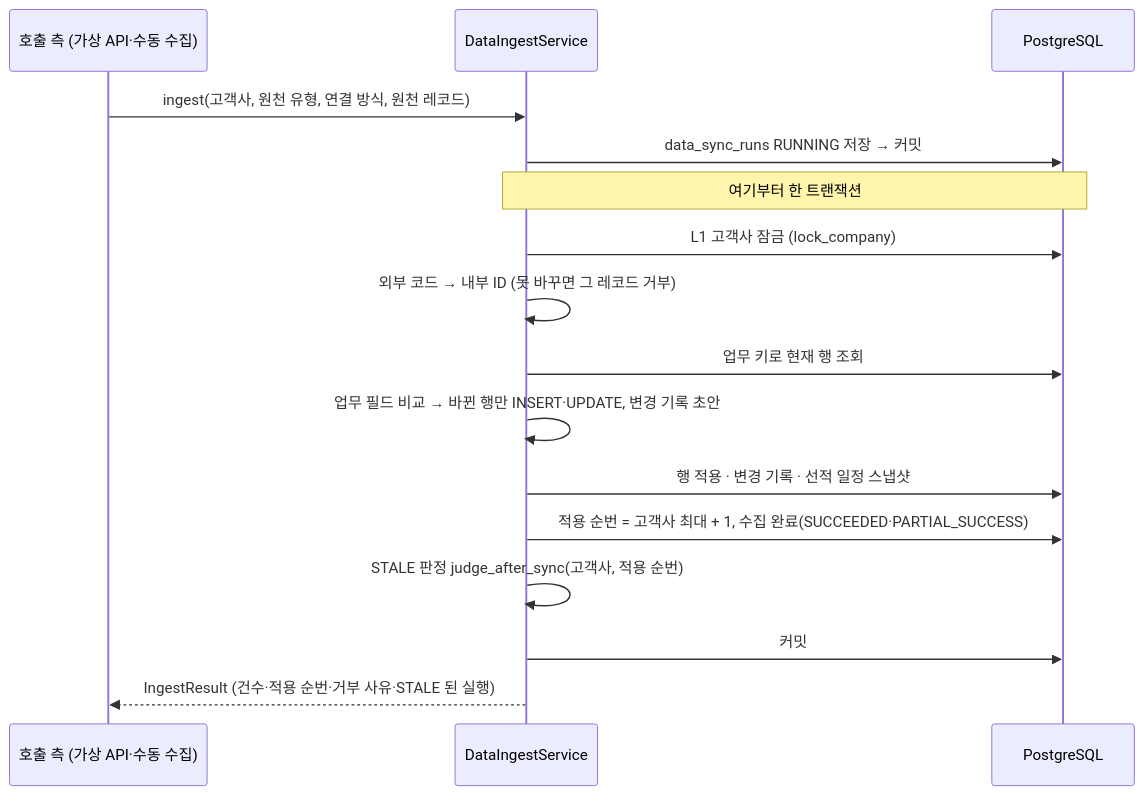
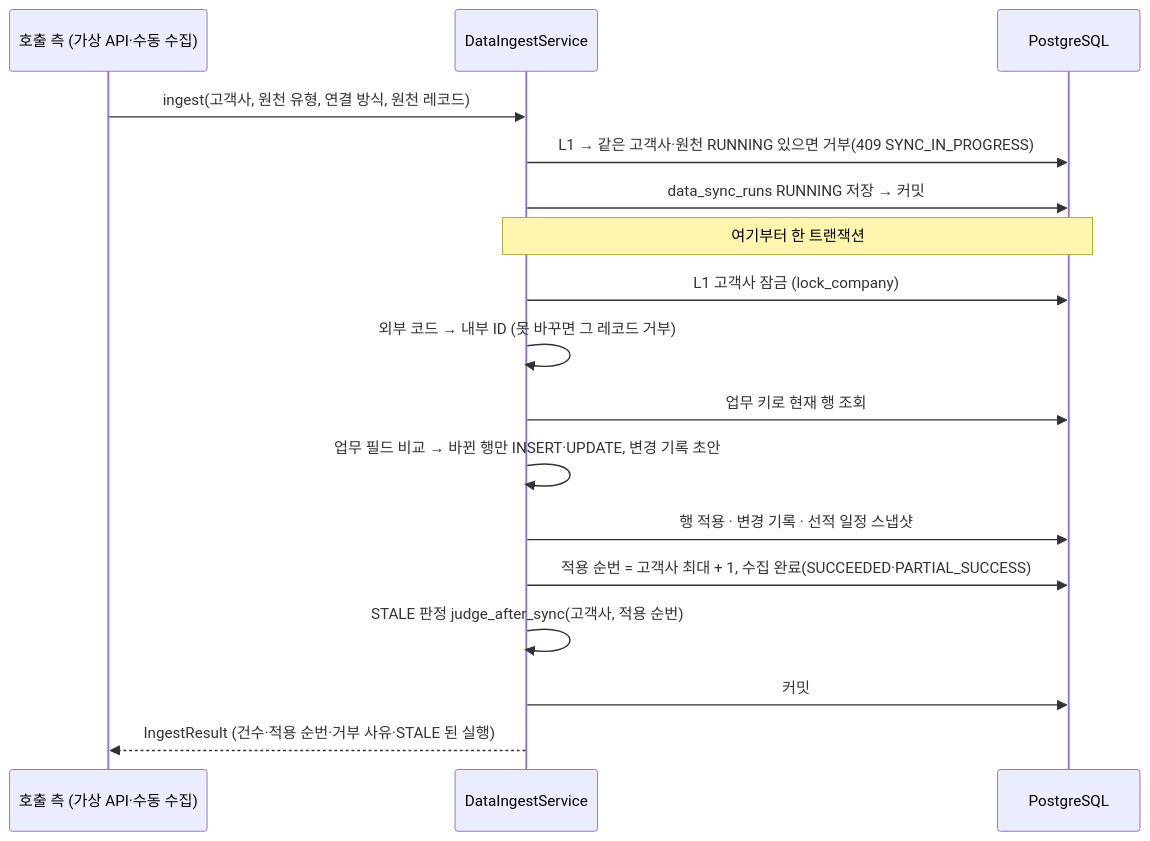
The diagram in docs/data-sync/ingest.md (K-GlowShip/glowship-server), drawn with Mermaid before and after one commit. The commit also changed other lines of this file, not shown here.

Commit message:
docs: 수집 적재 문서에 동시 수집 규칙·입력 크기·창고 변경 판정·후속 RUNNING 정리 반영 #GLOW-13

````diff
--- a/docs/data-sync/ingest.md
+++ b/docs/data-sync/ingest.md
@@ -9,19 +9,20 @@
 ```mermaid
 sequenceDiagram
     participant C as 호출 측 (가상 API·수동 수집)
     participant S as DataIngestService
     participant DB as PostgreSQL
 
     C->>S: ingest(고객사, 원천 유형, 연결 방식, 원천 레코드)
+    S->>DB: L1 → 같은 고객사·원천 RUNNING 있으면 거부(409 SYNC_IN_PROGRESS)
     S->>DB: data_sync_runs RUNNING 저장 → 커밋
     Note over S,DB: 여기부터 한 트랜잭션
     S->>DB: L1 고객사 잠금 (lock_company)
     S->>S: 외부 코드 → 내부 ID (못 바꾸면 그 레코드 거부)
     S->>DB: 업무 키로 현재 행 조회
     S->>S: 업무 필드 비교 → 바뀐 행만 INSERT·UPDATE, 변경 기록 초안
     S->>DB: 행 적용 · 변경 기록 · 선적 일정 스냅샷
     S->>DB: 적용 순번 = 고객사 최대 + 1, 수집 완료(SUCCEEDED·PARTIAL_SUCCESS)
     S->>S: STALE 판정 judge_after_sync(고객사, 적용 순번)
     S->>DB: 커밋
     S-->>C: IngestResult (건수·적용 순번·거부 사유·STALE 된 실행)
 ```
````
